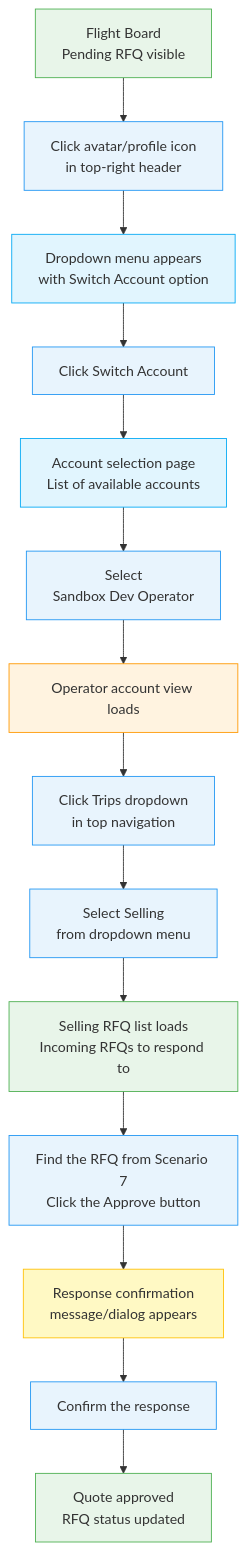
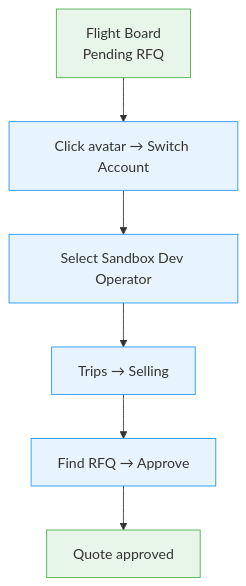
Before and after one commit to kingler/v0-jetvision-assistant: the fourth of 9 diagrams in .claude/commands/e2e-test.md, drawn with Mermaid. The commit also changed other lines of this file and 16 other files, not shown here.

````diff
--- a/.claude/commands/e2e-test.md
+++ b/.claude/commands/e2e-test.md
@@ -736,31 +533,15 @@
 ```mermaid
 flowchart TD
-    A["Flight Board\nPending RFQ visible"] --> B["Click avatar/profile icon\nin top-right header"]
-    B --> C["Dropdown menu appears\nwith Switch Account option"]
-    C --> D["Click Switch Account"]
-    D --> E["Account selection page\nList of available accounts"]
-    E --> F["Select\nSandbox Dev Operator"]
-    F --> G["Operator account view loads"]
-    G --> H["Click Trips dropdown\nin top navigation"]
-    H --> I["Select Selling\nfrom dropdown menu"]
-    I --> J["Selling RFQ list loads\nIncoming RFQs to respond to"]
-    J --> K["Find the RFQ from Scenario 7\nClick the Approve button"]
-    K --> L["Response confirmation\nmessage/dialog appears"]
-    L --> M["Confirm the response"]
-    M --> N["Quote approved\nRFQ status updated"]
+    A["Flight Board\nPending RFQ"] --> B["Click avatar → Switch Account"]
+    B --> C["Select Sandbox Dev Operator"]
+    C --> D["Trips → Selling"]
+    D --> E["Find RFQ → Approve"]
+    E --> F["Quote approved"]
 
     style A fill:#e8f5e9,stroke:#4CAF50
     style B fill:#e8f4fd,stroke:#2196F3
-    style C fill:#e1f5fe,stroke:#03A9F4
+    style C fill:#e8f4fd,stroke:#2196F3
     style D fill:#e8f4fd,stroke:#2196F3
-    style E fill:#e1f5fe,stroke:#03A9F4
-    style F fill:#e8f4fd,stroke:#2196F3
-    style G fill:#fff3e0,stroke:#FF9800
-    style H fill:#e8f4fd,stroke:#2196F3
-    style I fill:#e8f4fd,stroke:#2196F3
-    style J fill:#e8f5e9,stroke:#4CAF50
-    style K fill:#e8f4fd,stroke:#2196F3
-    style L fill:#fff9c4,stroke:#FFC107
-    style M fill:#e8f4fd,stroke:#2196F3
-    style N fill:#e8f5e9,stroke:#4CAF50
+    style E fill:#e8f4fd,stroke:#2196F3
+    style F fill:#e8f5e9,stroke:#4CAF50
 ```
````
